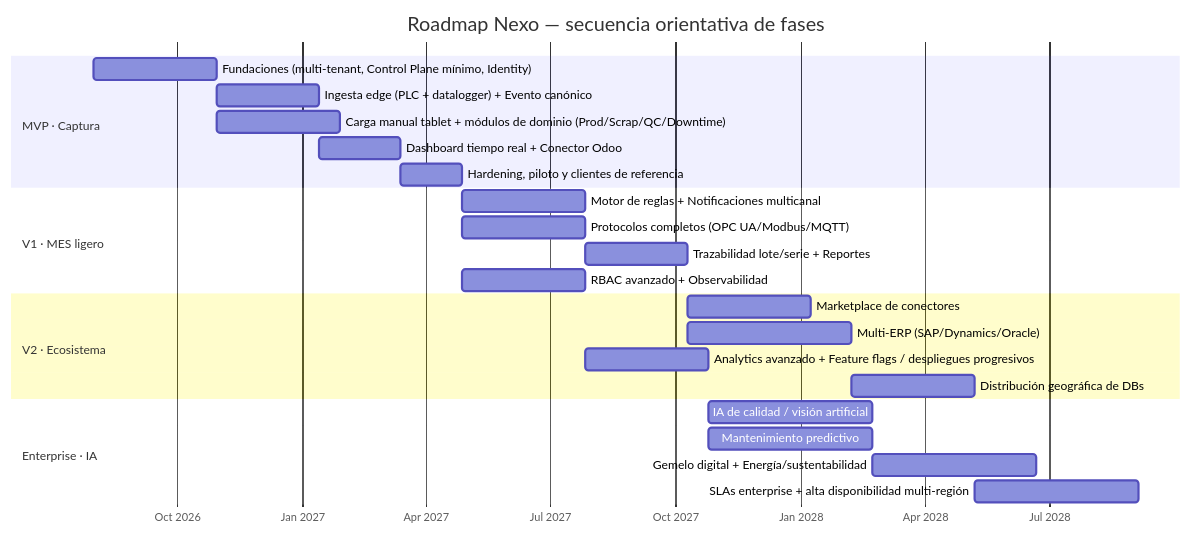
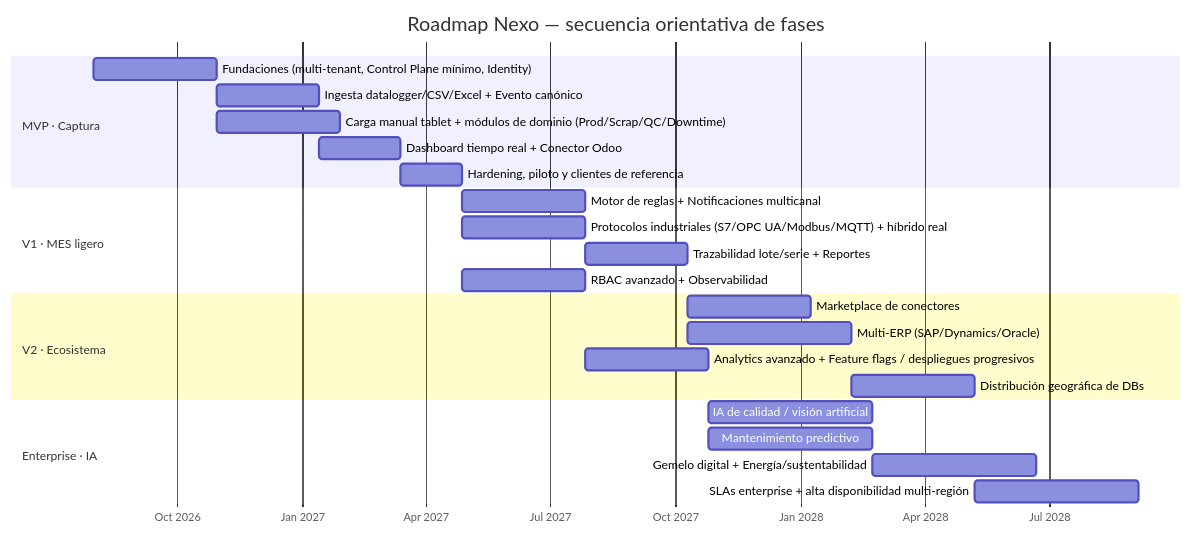
One commit to buttiepedro/mes changed the first of 2 diagrams in specs/roadmap/roadmap.md. Above: the diagram before and after it, drawn with Mermaid. The commit also changed other lines of this file and 21 other files, not shown here.

````diff
--- a/specs/roadmap/roadmap.md
+++ b/specs/roadmap/roadmap.md
@@ -30,31 +30,31 @@
 ```mermaid
 gantt
     title Roadmap Nexo — secuencia orientativa de fases
     dateFormat  YYYY-MM-DD
     axisFormat  %b %Y
 
     section MVP · Captura
     Fundaciones (multi-tenant, Control Plane mínimo, Identity)   :mvp1, 2026-08-01, 90d
-    Ingesta edge (PLC + datalogger) + Evento canónico            :mvp2, after mvp1, 75d
+    Ingesta datalogger/CSV/Excel + Evento canónico               :mvp2, after mvp1, 75d
     Carga manual tablet + módulos de dominio (Prod/Scrap/QC/Downtime) :mvp3, after mvp1, 90d
     Dashboard tiempo real + Conector Odoo                        :mvp4, after mvp2, 60d
     Hardening, piloto y clientes de referencia                   :mvp5, after mvp4, 45d
 
     section V1 · MES ligero
     Motor de reglas + Notificaciones multicanal                  :v1a, after mvp5, 90d
-    Protocolos completos (OPC UA/Modbus/MQTT)                    :v1b, after mvp5, 90d
+    Protocolos industriales (S7/OPC UA/Modbus/MQTT) + híbrido real :v1b, after mvp5, 90d
     Trazabilidad lote/serie + Reportes                           :v1c, after v1a, 75d
     RBAC avanzado + Observabilidad                               :v1d, after mvp5, 90d
 
     section V2 · Ecosistema
     Marketplace de conectores                                    :v2a, after v1c, 90d
     Multi-ERP (SAP/Dynamics/Oracle)                              :v2b, after v1c, 120d
     Analytics avanzado + Feature flags / despliegues progresivos :v2c, after v1d, 90d
     Distribución geográfica de DBs                               :v2d, after v2b, 90d
 
     section Enterprise · IA
     IA de calidad / visión artificial                            :ent1, after v2c, 120d
     Mantenimiento predictivo                                     :ent2, after v2c, 120d
     Gemelo digital + Energía/sustentabilidad                     :ent3, after ent1, 120d
     SLAs enterprise + alta disponibilidad multi-región           :ent4, after v2d, 120d
 ```
````
